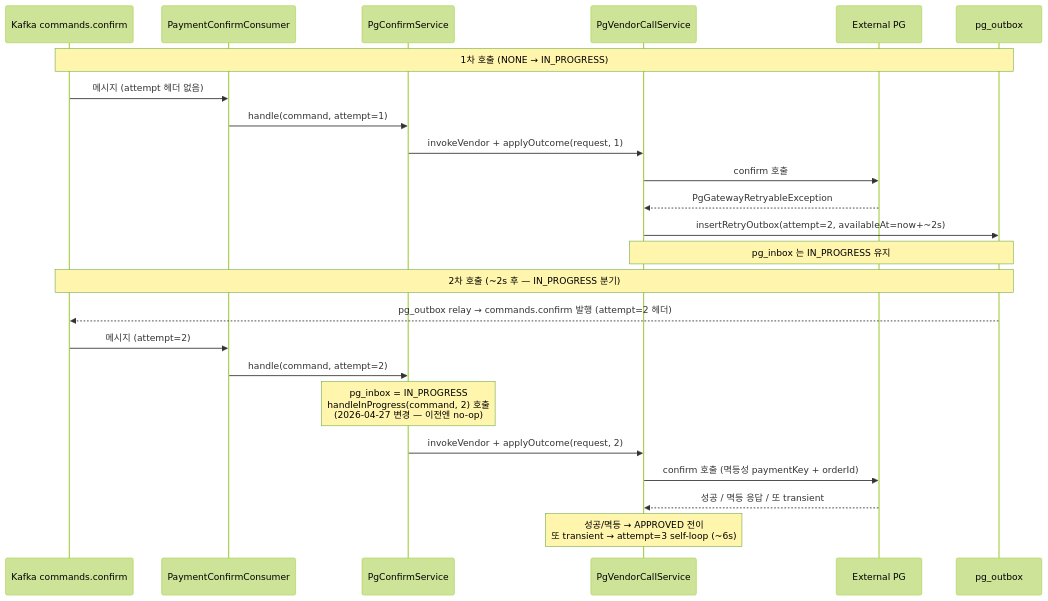
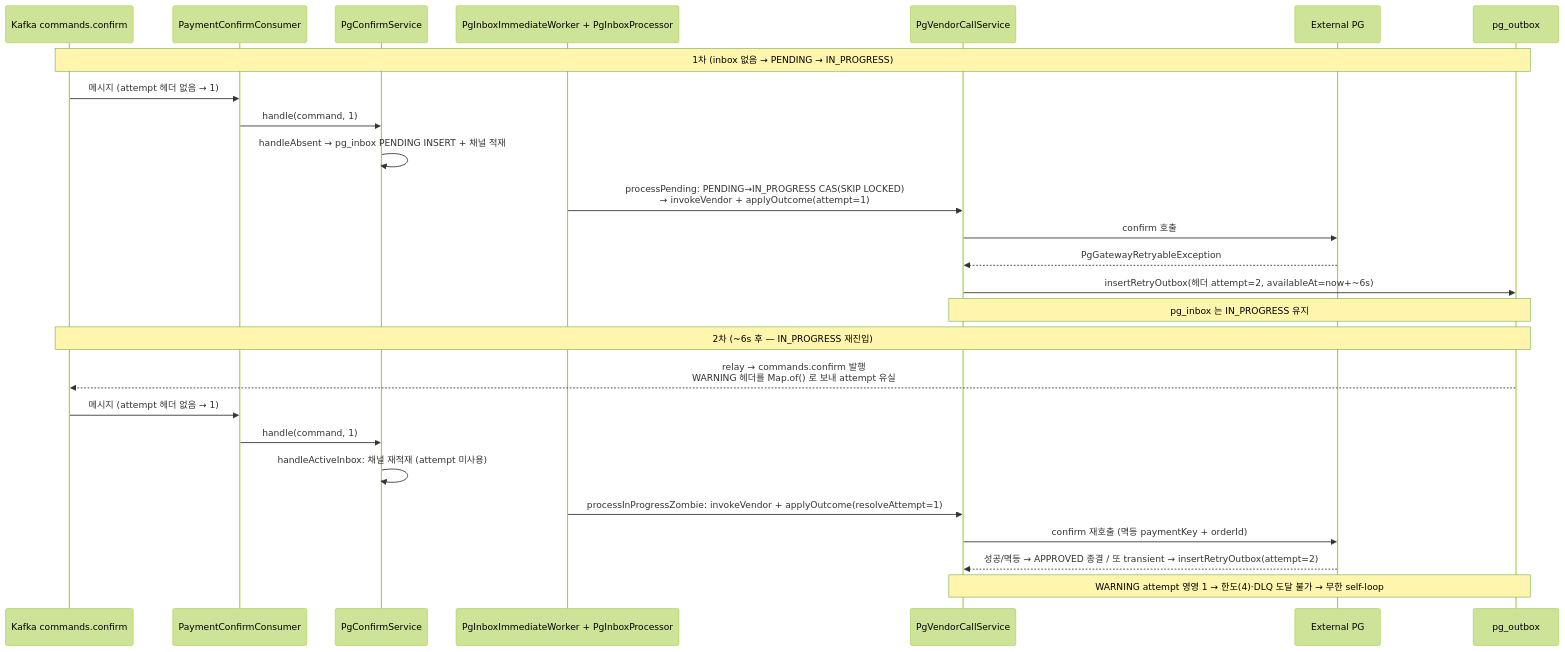
The ninth of 10 diagrams in docs/context/PAYMENT-FLOW.md (hyoguoo/payment-platform), drawn with Mermaid (forest theme) before and after one commit. The commit also changed other lines of this file and 1 other file, not shown here.

First line of the commit message:
docs: PAYMENT-FLOW·CONFIRM-FLOW 코드 정합 최신화

````diff
--- a/docs/context/PAYMENT-FLOW.md
+++ b/docs/context/PAYMENT-FLOW.md
@@ -301,28 +307,30 @@
 ```mermaid
 sequenceDiagram
     participant K as Kafka commands.confirm
     participant Cons as PaymentConfirmConsumer
     participant Svc as PgConfirmService
+    participant W as PgInboxImmediateWorker + PgInboxProcessor
     participant V as PgVendorCallService
     participant Vendor as External PG
     participant OB as pg_outbox
 
-    Note over K, OB: 1차 호출 (NONE → IN_PROGRESS)
-    K->>Cons: 메시지 (attempt 헤더 없음)
-    Cons->>Svc: handle(command, attempt=1)
-    Svc->>V: invokeVendor + applyOutcome(request, 1)
+    Note over K, OB: 1차 (inbox 없음 → PENDING → IN_PROGRESS)
+    K->>Cons: 메시지 (attempt 헤더 없음 → 1)
+    Cons->>Svc: handle(command, 1)
+    Svc->>Svc: handleAbsent → pg_inbox PENDING INSERT + 채널 적재
+    W->>V: processPending: PENDING→IN_PROGRESS CAS(SKIP LOCKED)<br/>→ invokeVendor + applyOutcome(attempt=1)
     V->>Vendor: confirm 호출
     Vendor-->>V: PgGatewayRetryableException
-    V->>OB: insertRetryOutbox(attempt=2, availableAt=now+~2s)
+    V->>OB: insertRetryOutbox(헤더 attempt=2, availableAt=now+~6s)
     Note over V, OB: pg_inbox 는 IN_PROGRESS 유지
 
-    Note over K, OB: 2차 호출 (~2s 후 — IN_PROGRESS 분기)
-    OB-->>K: pg_outbox relay → commands.confirm 발행 (attempt=2 헤더)
-    K->>Cons: 메시지 (attempt=2)
-    Cons->>Svc: handle(command, attempt=2)
-    Note over Svc: pg_inbox = IN_PROGRESS<br/>handleInProgress(command, 2) 호출<br/>(2026-04-27 변경 — 이전엔 no-op)
-    Svc->>V: invokeVendor + applyOutcome(request, 2)
-    V->>Vendor: confirm 호출 (멱등성 paymentKey + orderId)
-    Vendor-->>V: 성공 / 멱등 응답 / 또 transient
-    Note over V: 성공/멱등 → APPROVED 전이<br/>또 transient → attempt=3 self-loop (~6s)
+    Note over K, OB: 2차 (~6s 후 — IN_PROGRESS 재진입)
+    OB-->>K: relay → commands.confirm 발행<br/>WARNING 헤더를 Map.of() 로 보내 attempt 유실
+    K->>Cons: 메시지 (attempt 헤더 없음 → 1)
+    Cons->>Svc: handle(command, 1)
+    Svc->>Svc: handleActiveInbox: 채널 재적재 (attempt 미사용)
+    W->>V: processInProgressZombie: invokeVendor + applyOutcome(resolveAttempt=1)
+    V->>Vendor: confirm 재호출 (멱등 paymentKey + orderId)
+    Vendor-->>V: 성공/멱등 → APPROVED 종결 / 또 transient → insertRetryOutbox(attempt=2)
+    Note over V, OB: WARNING attempt 영영 1 → 한도(4)·DLQ 도달 불가 → 무한 self-loop
 ```
````
